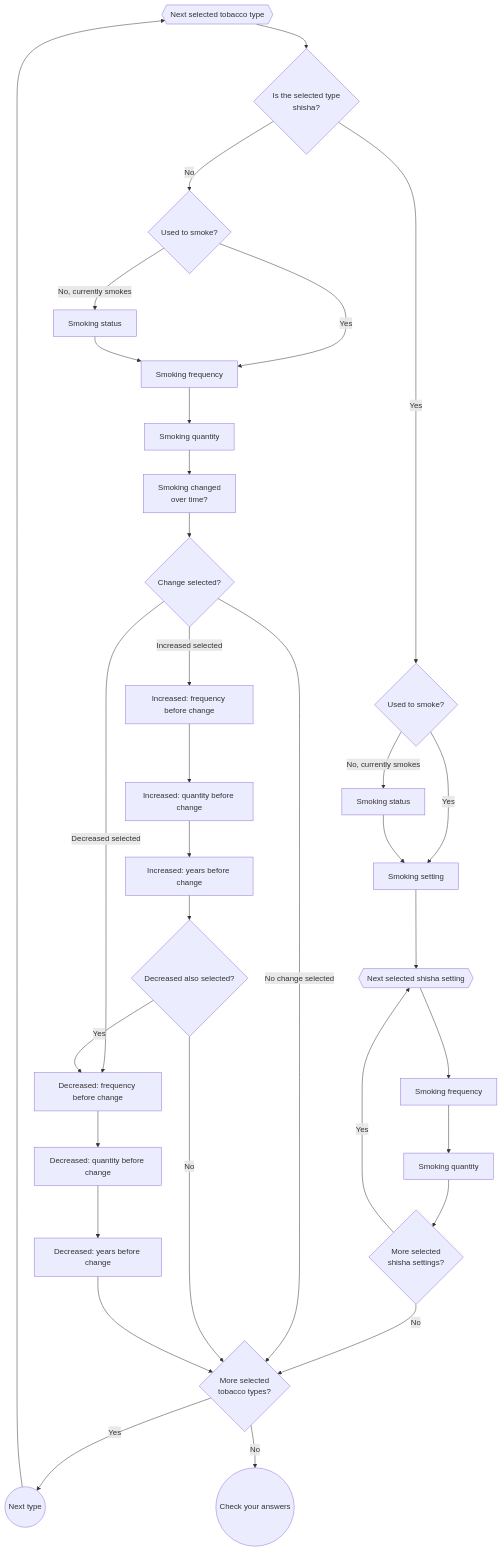
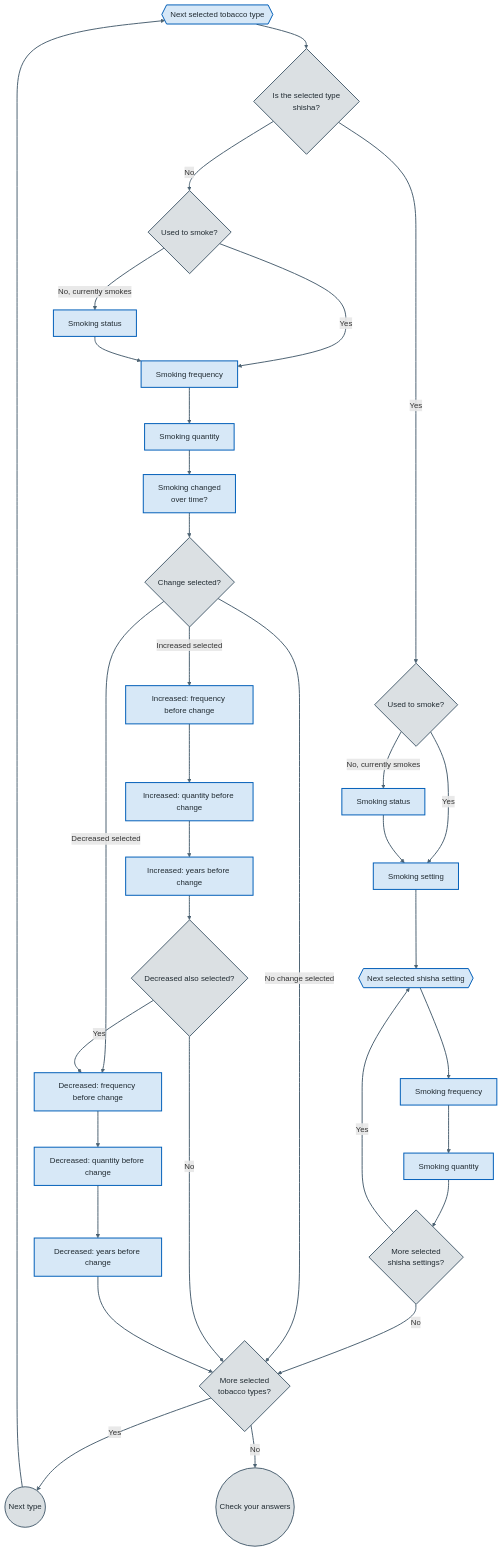
Before and after one commit to NHSDigital/prototype-lung-health-check: the second of 2 diagrams in app/prototype_v4_1/docs/question-flow.md, drawn with Mermaid. The commit also changed other lines of this file and 3 other files, not shown here.

Commit message:
Add colours to flowcharts

````diff
--- a/app/prototype_v4_1/docs/question-flow.md
+++ b/app/prototype_v4_1/docs/question-flow.md
@@ -106,42 +113,48 @@
 ```mermaid
 flowchart TD
   selectedType{{Next selected tobacco type}} --> isShisha{"Is the selected type<br>shisha?"}
 
   isShisha -- Yes --> shishaPast{"Used to smoke?"}
   shishaPast -- No, currently smokes --> shishaStatus["Smoking status"]
   shishaPast -- Yes --> setting["Smoking setting"]
   shishaStatus --> setting
   setting --> selectedSetting{{Next selected shisha setting}}
   selectedSetting --> shishaFrequency["Smoking frequency"]
   shishaFrequency --> shishaQuantity["Smoking quantity"]
   shishaQuantity --> moreSettings{"More selected<br>shisha settings?"}
   moreSettings -- Yes --> selectedSetting
   moreSettings -- No --> moreTypes
 
   isShisha -- No --> past{"Used to smoke?"}
   past -- No, currently smokes --> status["Smoking status"]
   past -- Yes --> frequency["Smoking frequency"]
   status --> frequency["Smoking frequency"]
   frequency --> quantity["Smoking quantity"]
   quantity --> changed["Smoking changed<br>over time?"]
 
   changed --> changedDecision{"Change selected?"}
   changedDecision -- No change selected --> moreTypes
   changedDecision -- Increased selected --> increasedFrequency["Increased: frequency before change"]
   increasedFrequency --> increasedQuantity["Increased: quantity before change"]
   increasedQuantity --> increasedYears["Increased: years before change"]
   increasedYears --> decreasedSelected{"Decreased also selected?"}
 
   changedDecision -- Decreased selected --> decreasedFrequency["Decreased: frequency before change"]
   decreasedSelected -- Yes --> decreasedFrequency
   decreasedSelected -- No --> moreTypes
 
   decreasedFrequency --> decreasedQuantity["Decreased: quantity before change"]
   decreasedQuantity --> decreasedYears["Decreased: years before change"]
   decreasedYears --> moreTypes
 
   moreTypes{"More selected<br>tobacco types?"}
   moreTypes -- Yes --> nextType((Next type))
   nextType --> selectedType
   moreTypes -- No --> cya((Check your answers))
+  classDef controlFlow fill:#dbe0e3,stroke:#4c6272,color:#212b32,stroke-width:2px
+  classDef process fill:#d7e8f7,stroke:#005eb8,color:#212b32,stroke-width:2px
+  classDef data fill:#d9f3f0,stroke:#00a499,color:#212b32,stroke-width:2px
+  linkStyle default stroke:#4c6272,stroke-width:2px
+  class changedDecision,cya,decreasedSelected,isShisha,moreSettings,moreTypes,nextType,past,shishaPast controlFlow
+  class changed,decreasedFrequency,decreasedQuantity,decreasedYears,frequency,increasedFrequency,increasedQuantity,increasedYears,quantity,selectedSetting,selectedType,setting,shishaFrequency,shishaQuantity,shishaStatus,status process
 ```
````
